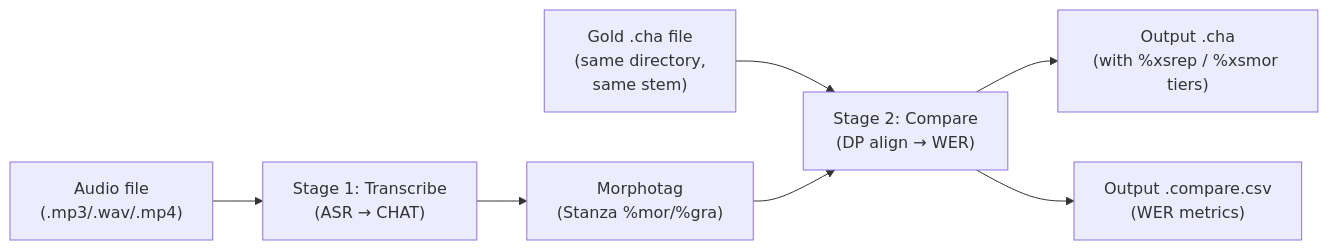
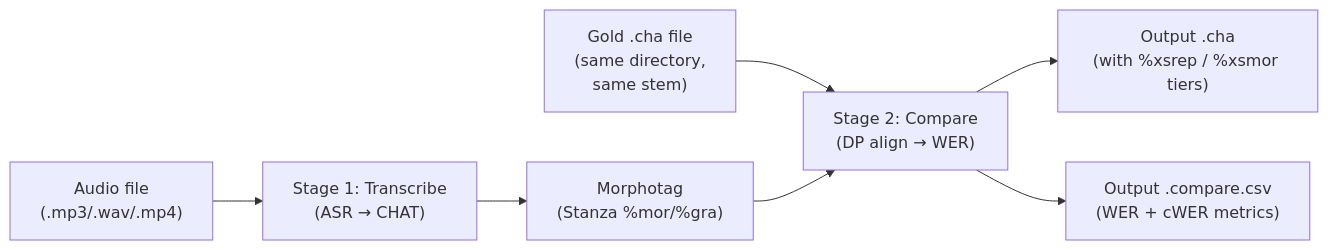
The diagram in book/src/batchalign/reference/benchmarks.md (TalkBank/talkbank-tools), drawn with Mermaid before and after one commit. The commit also changed other lines of this file and 141 other files, not shown here.

````diff
--- a/book/src/batchalign/reference/benchmarks.md
+++ b/book/src/batchalign/reference/benchmarks.md
@@ -32,9 +76,9 @@
 ```mermaid
 flowchart LR
     audio["Audio file\n(.mp3/.wav/.mp4)"] --> transcribe["Stage 1: Transcribe\n(ASR → CHAT)"]
     gold["Gold .cha file\n(same directory,\nsame stem)"] --> compare
     transcribe --> morphotag["Morphotag\n(Stanza %mor/%gra)"]
     morphotag --> compare["Stage 2: Compare\n(DP align → WER)"]
     compare --> output_cha["Output .cha\n(with %xsrep / %xsmor tiers)"]
-    compare --> output_csv["Output .compare.csv\n(WER metrics)"]
+    compare --> output_csv["Output .compare.csv\n(WER + cWER metrics)"]
 ```
````
